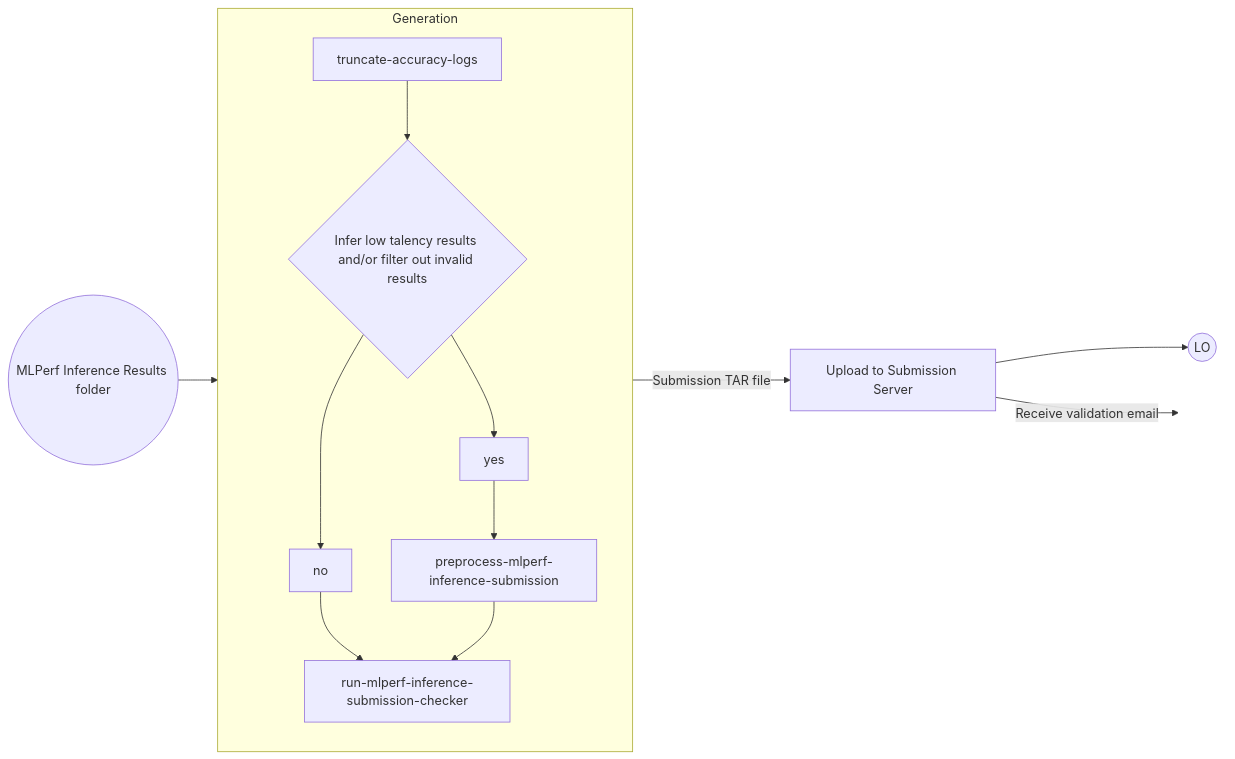
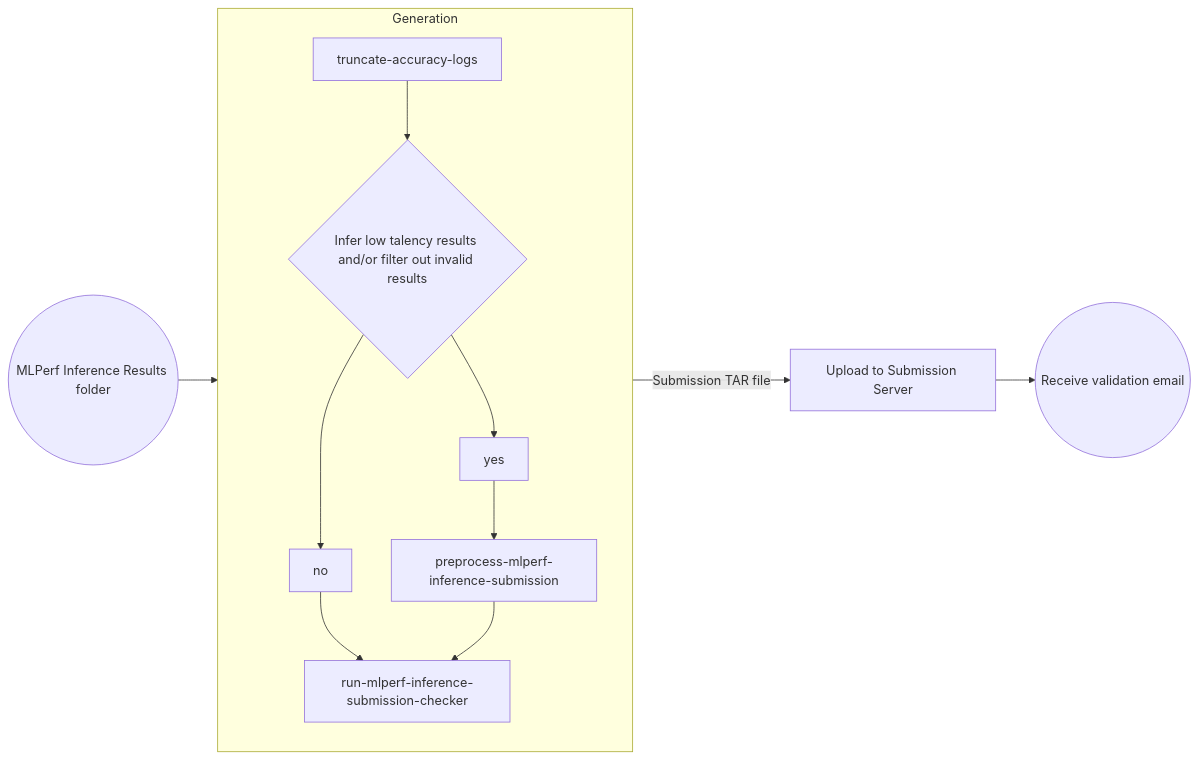
The diagram in docs/submission/index.md (GATEOverflow/inference), drawn with Mermaid before and after one commit.

````diff
--- a/docs/submission/index.md
+++ b/docs/submission/index.md
@@ -13,15 +13,14 @@
 ```mermaid
 flowchart LR
     classDef hidden fill:none,stroke:none;
     subgraph Generation
       direction TB
       C[truncate-accuracy-logs] --> D{Infer low talency results and/or filter out invalid results}
       D --> yes --> E[preprocess-mlperf-inference-submission]
       D --> no --> F[run-mlperf-inference-submission-checker]
       E --> F
     end
     Input((MLPerf Inference Results folder)) --> Generation
     Generation --  Submission TAR file --> H[Upload to Submission Server]
-    H --> Output((LO))
-    H -- Receive validation email --> O[ ]:::hidden
+    H --> Output((Receive validation email))
 ```
````
